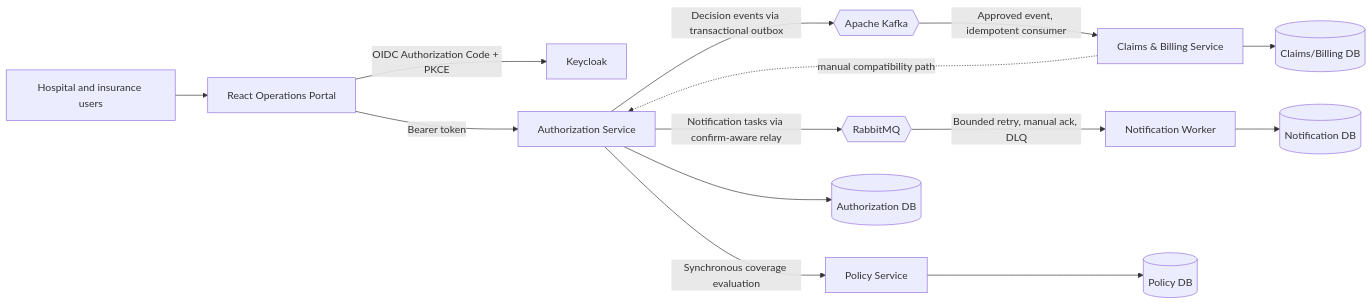
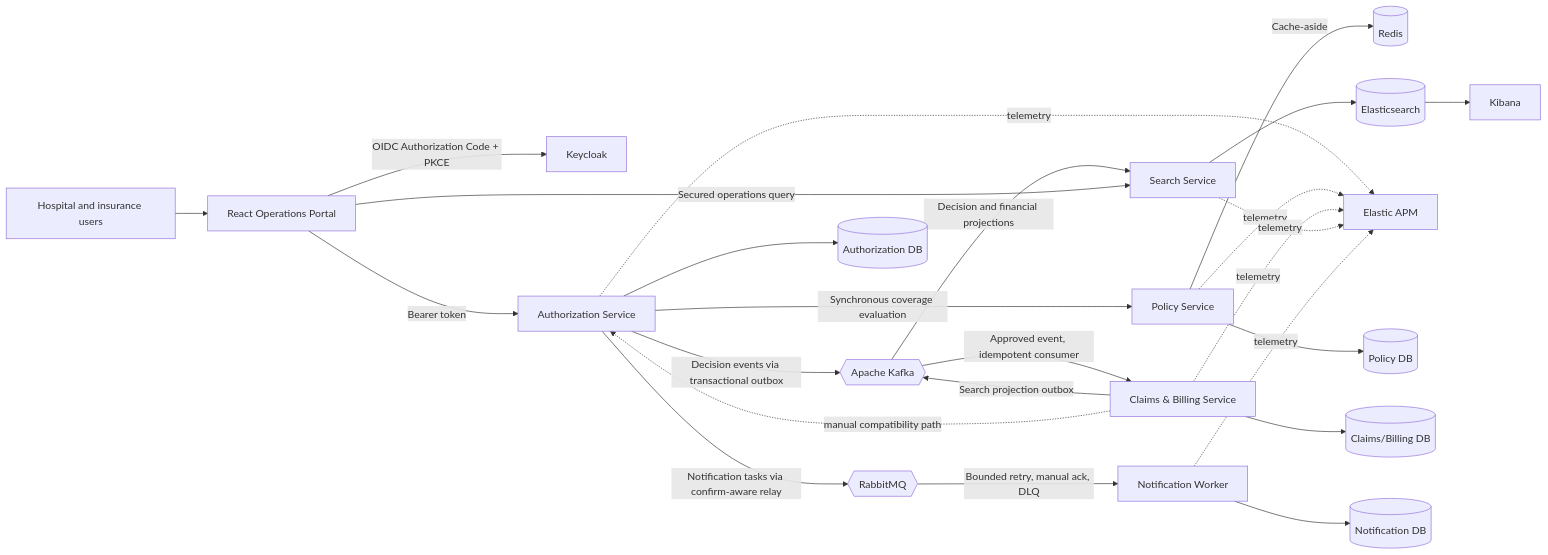
One commit to aydindemir1/health-insurance-platform changed the diagram in README.md. Above: the diagram before and after it, drawn with Mermaid. The commit also changed other lines of this file and 23 other files, not shown here.

````diff
--- a/README.md
+++ b/README.md
@@ -172,16 +198,27 @@
 ```mermaid
 flowchart LR
     User[Hospital and insurance users] --> Portal[React Operations Portal]
     Portal -->|OIDC Authorization Code + PKCE| KC[Keycloak]
     Portal -->|Bearer token| Auth[Authorization Service]
     Auth -->|Synchronous coverage evaluation| Policy[Policy Service]
     Auth -->|Decision events via transactional outbox| Kafka{{Apache Kafka}}
     Auth -->|Notification tasks via confirm-aware relay| Rabbit{{RabbitMQ}}
     Kafka -->|Approved event, idempotent consumer| Claims[Claims & Billing Service]
     Rabbit -->|Bounded retry, manual ack, DLQ| Notifications[Notification Worker]
+    Claims -->|Search projection outbox| Kafka
+    Kafka -->|Decision and financial projections| Search[Search Service]
+    Portal -->|Secured operations query| Search
+    Policy -->|Cache-aside| Redis[(Redis)]
+    Search --> Elastic[(Elasticsearch)]
+    Elastic --> Kibana[Kibana]
+    Auth -. telemetry .-> APM[Elastic APM]
+    Policy -. telemetry .-> APM
+    Claims -. telemetry .-> APM
+    Search -. telemetry .-> APM
+    Notifications -. telemetry .-> APM
     Claims -. manual compatibility path .-> Auth
     Auth --> AuthDB[(Authorization DB)]
     Policy --> PolicyDB[(Policy DB)]
     Claims --> ClaimsDB[(Claims/Billing DB)]
     Notifications --> NotificationDB[(Notification DB)]
 ```
````
